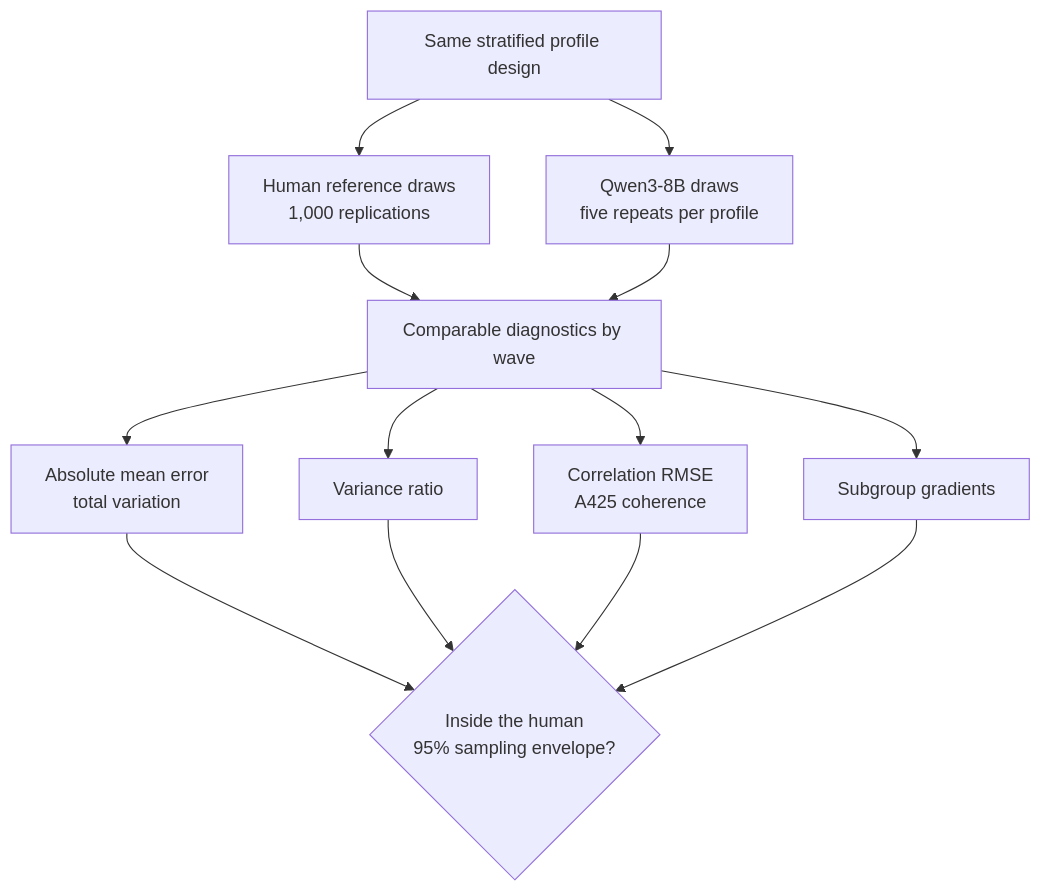
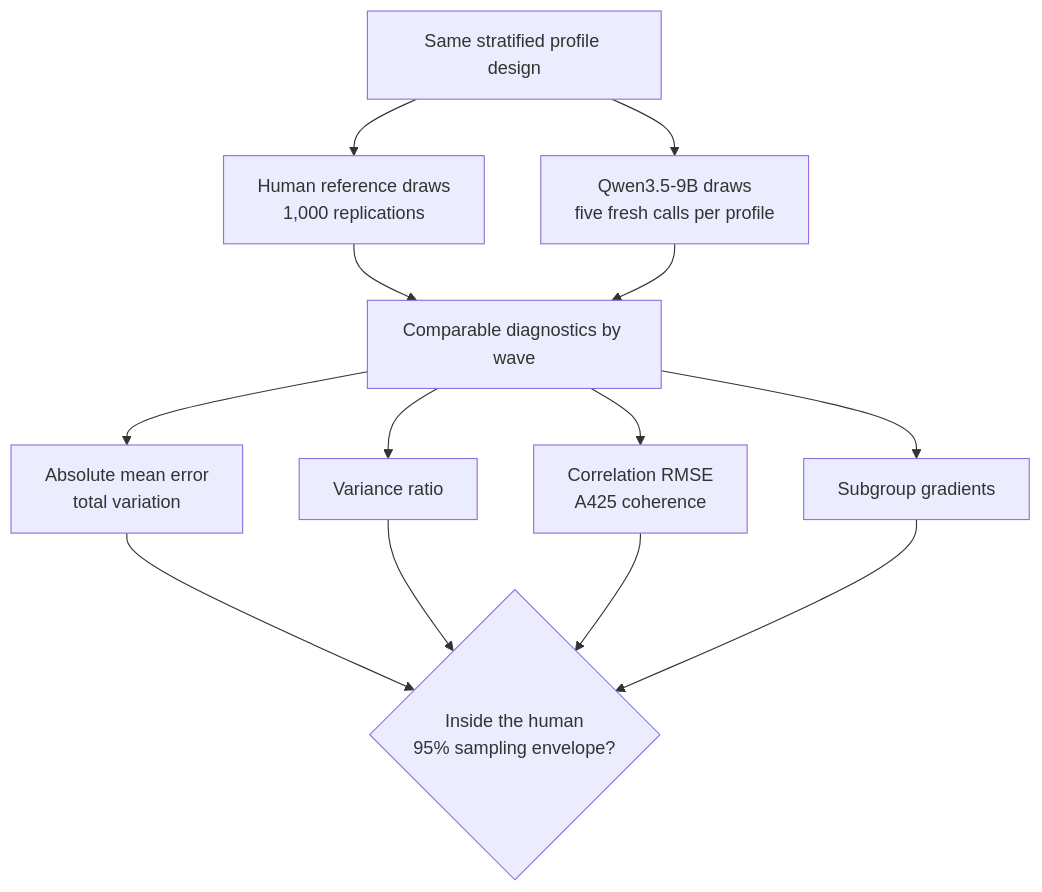
The second of 3 diagrams in README.md (4b8wsfdk7y-cloud/cgss-gender-attitude-llm-audit), drawn with Mermaid before and after one commit. The commit also changed other lines of this file and 34 other files, not shown here.

````diff
--- a/README.md
+++ b/README.md
@@ -111,18 +145,18 @@
 ```mermaid
 flowchart TB
     P["Same stratified profile design"] --> H["Human reference draws<br/>1,000 replications"]
-    P --> Q["Qwen3-8B draws<br/>five repeats per profile"]
+    P --> Q["Qwen3.5-9B draws<br/>five fresh calls per profile"]
 
     H --> E["Comparable diagnostics by wave"]
     Q --> E
 
     E --> A["Absolute mean error<br/>total variation"]
     E --> V["Variance ratio"]
     E --> R["Correlation RMSE<br/>A425 coherence"]
     E --> S["Subgroup gradients"]
 
     A --> C{"Inside the human<br/>95% sampling envelope?"}
     V --> C
     R --> C
     S --> C
 ```
````
